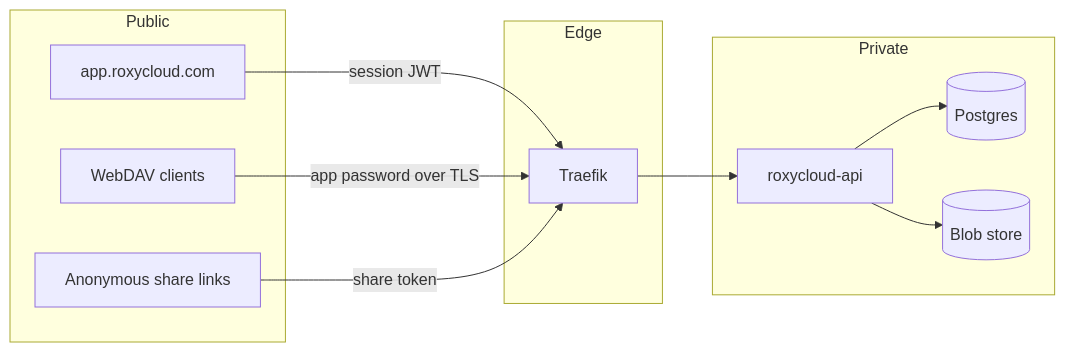
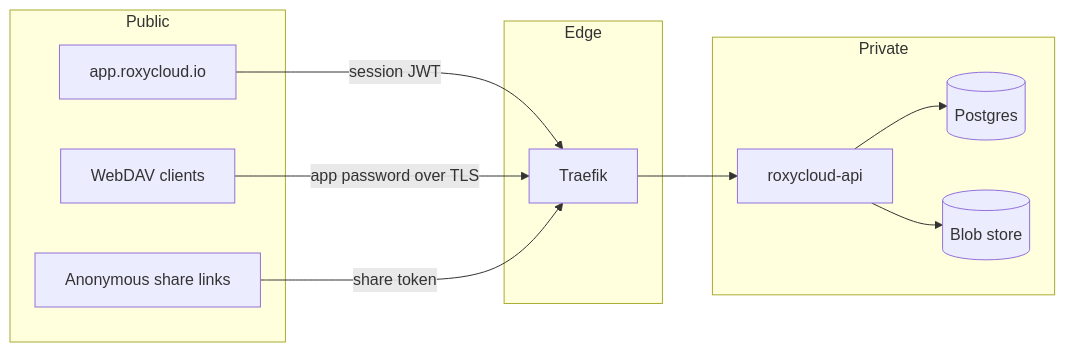
The third of 3 diagrams in ARCHITECTURE.md (FerrLabs/RoxyCloud), drawn with Mermaid before and after one commit. The commit also changed other lines of this file and 1 other file, not shown here.

Commit message:
docs: move the project's surfaces to roxycloud.io (#54)

````diff
--- a/ARCHITECTURE.md
+++ b/ARCHITECTURE.md
@@ -250,23 +254,23 @@
 ```mermaid
 flowchart LR
     subgraph Public
-        SPA[app.roxycloud.com]
+        SPA[app.roxycloud.io]
         DAV[WebDAV clients]
         LINK[Anonymous share links]
     end
     subgraph Edge
         TR[Traefik]
     end
     subgraph Private
         API[roxycloud-api]
         PG[(Postgres)]
         BS[(Blob store)]
     end
 
     SPA -->|session JWT| TR
     DAV -->|app password over TLS| TR
     LINK -->|share token| TR
     TR --> API
     API --> PG
     API --> BS
 ```
````
